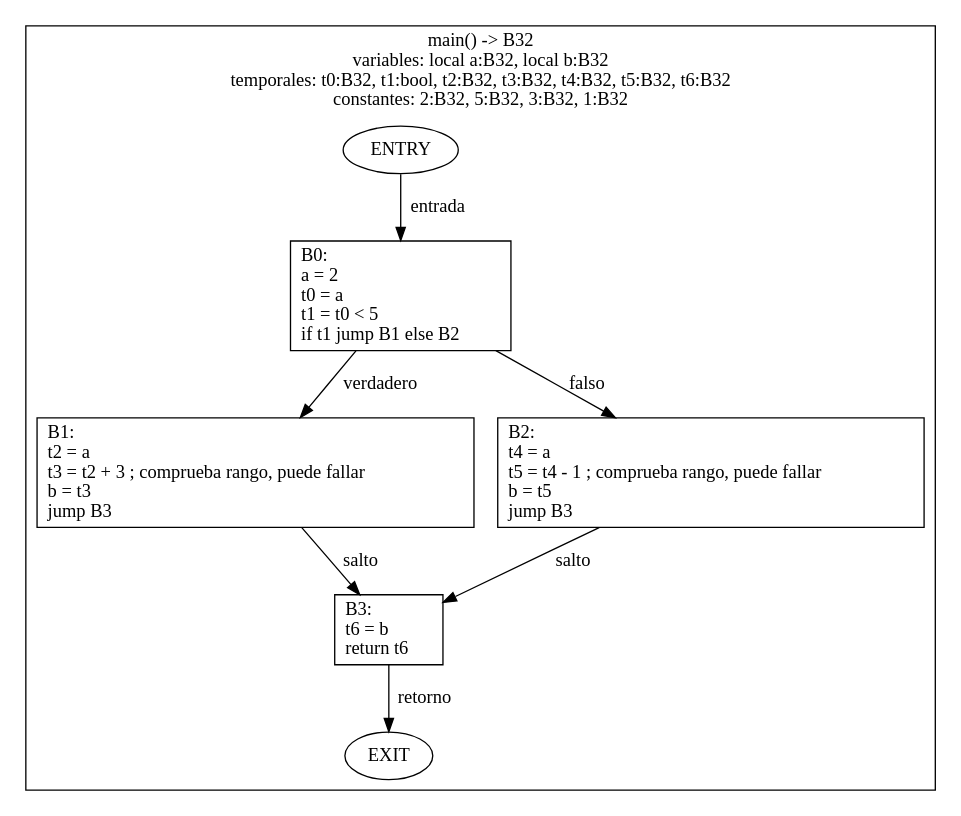
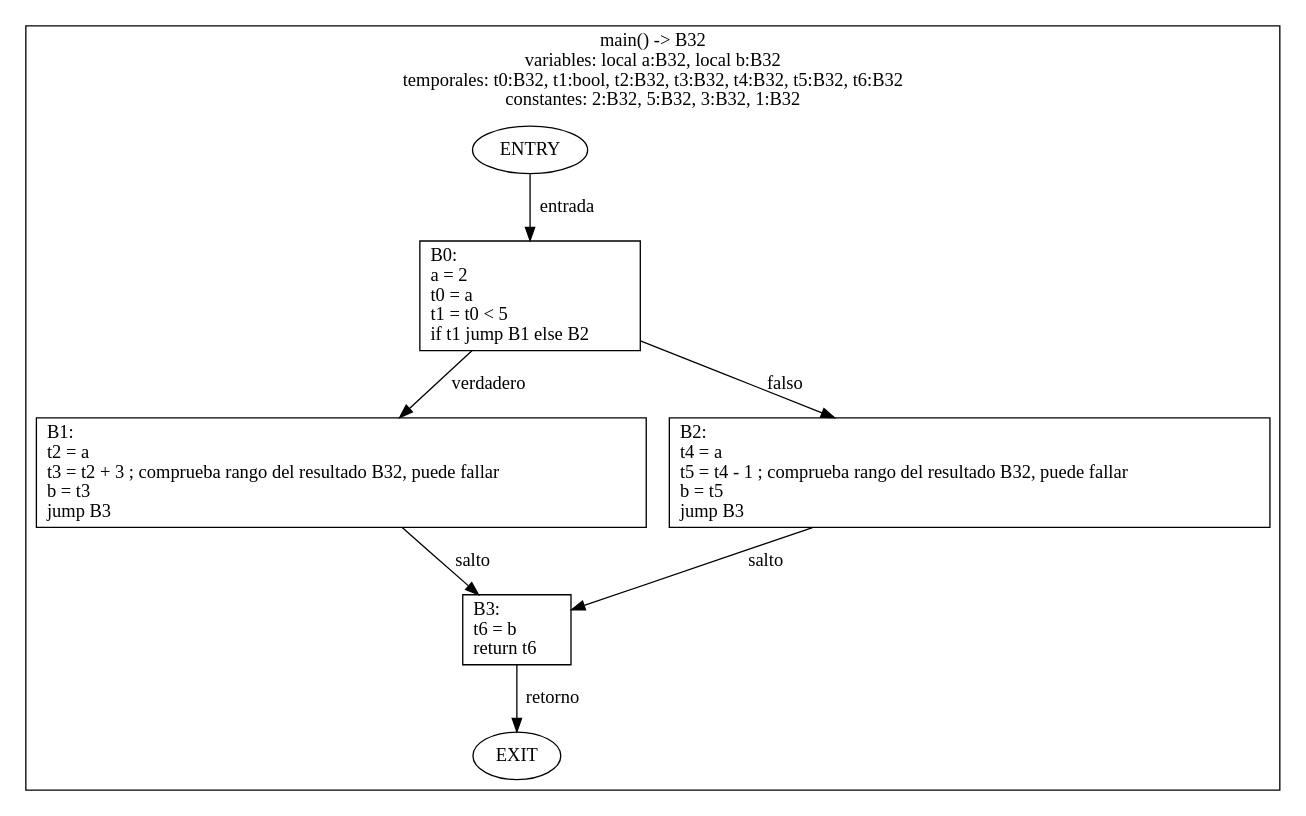
One commit to luisfeliTEC-0603/PIPER-COMPILER changed the diagram in docs/IR/ejemplo-flujo-IR.md. Above: the diagram before and after it, drawn with Graphviz. The commit also changed other lines of this file and 2 other files, not shown here.

````diff
--- a/docs/IR/ejemplo-flujo-IR.md
+++ b/docs/IR/ejemplo-flujo-IR.md
@@ -189,19 +191,19 @@
 ```dot
 digraph EjemploIR {
     subgraph cluster_r0 {
         label="main() -> B32\nvariables: local a:B32, local b:B32\ntemporales: t0:B32, t1:bool, t2:B32, t3:B32, t4:B32, t5:B32, t6:B32\nconstantes: 2:B32, 5:B32, 3:B32, 1:B32";
         r0_entry [label="ENTRY"];
         r0_b0 [shape=box, label="B0:\la = 2\lt0 = a\lt1 = t0 < 5\lif t1 jump B1 else B2\l"];
-        r0_b1 [shape=box, label="B1:\lt2 = a\lt3 = t2 + 3 ; comprueba rango, puede fallar\lb = t3\ljump B3\l"];
-        r0_b2 [shape=box, label="B2:\lt4 = a\lt5 = t4 - 1 ; comprueba rango, puede fallar\lb = t5\ljump B3\l"];
+        r0_b1 [shape=box, label="B1:\lt2 = a\lt3 = t2 + 3 ; comprueba rango del resultado B32, puede fallar\lb = t3\ljump B3\l"];
+        r0_b2 [shape=box, label="B2:\lt4 = a\lt5 = t4 - 1 ; comprueba rango del resultado B32, puede fallar\lb = t5\ljump B3\l"];
         r0_b3 [shape=box, label="B3:\lt6 = b\lreturn t6\l"];
         r0_exit [label="EXIT"];
         r0_entry -> r0_b0 [label="entrada"];
         r0_b0 -> r0_b1 [label="verdadero"];
         r0_b0 -> r0_b2 [label="falso"];
         r0_b1 -> r0_b3 [label="salto"];
         r0_b2 -> r0_b3 [label="salto"];
         r0_b3 -> r0_exit [label="retorno"];
     }
 }
 ```
````
